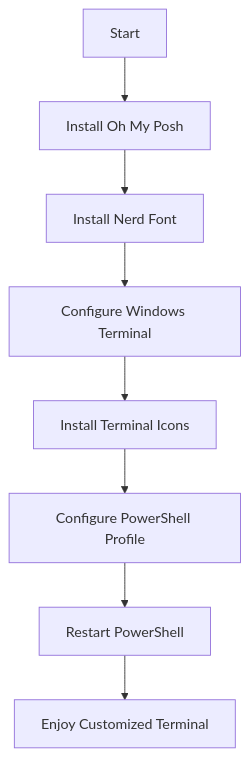
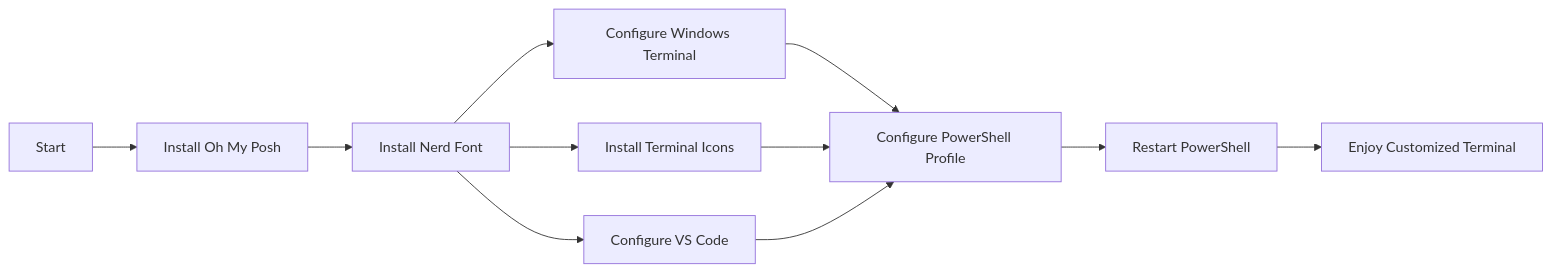
One commit to ZSoftly/pimp_terminal changed the diagram in oh-my-posh-guide.md. Above: the diagram before and after it, drawn with Mermaid. The commit also changed other lines of this file, not shown here.

````diff
--- a/oh-my-posh-guide.md
+++ b/oh-my-posh-guide.md
@@ -12,10 +13,13 @@
 ```mermaid
-graph TD
+graph LR
     A[Start] --> B[Install Oh My Posh]
     B --> C[Install Nerd Font]
     C --> D[Configure Windows Terminal]
-    D --> E[Install Terminal Icons]
-    E --> F[Configure PowerShell Profile]
+    C --> E[Install Terminal Icons]
+    C --> I[Configure VS Code]
+    D --> F[Configure PowerShell Profile]
+    E --> F
+    I --> F
     F --> G[Restart PowerShell]
     G --> H[Enjoy Customized Terminal]
 ```
````
